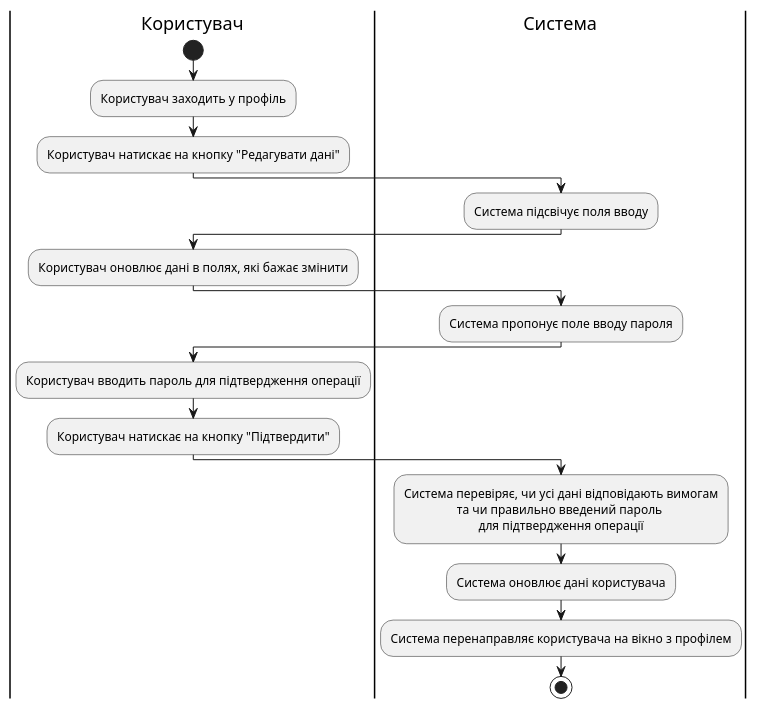
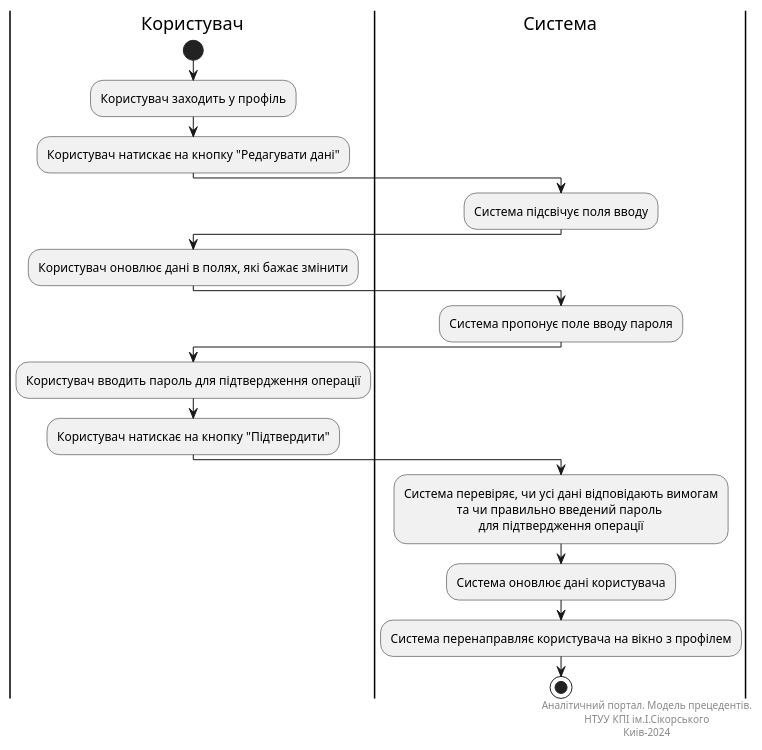
One commit to generalmaks/db_labs changed the third of 4 diagrams in docs/use_cases.md. Above: the diagram before and after it, drawn with PlantUML. The commit also changed other lines of this file, not shown here.

Commit message:
Create activity diagram of RemoveUserAccount

````diff
--- a/docs/use_cases.md
+++ b/docs/use_cases.md
@@ -154,36 +159,42 @@
 ```plantuml
 @startuml
 |Користувач|
 start
 skinparam defaultTextAlignment center
 
 |Користувач|
 :Користувач заходить у профіль;
 :Користувач натискає на кнопку "Редагувати дані";
 
 
 
 |Система|
 :Система підсвічує поля вводу;
 
 |Користувач|
 :Користувач оновлює дані в полях, які бажає змінити;
 
 
 |Система|
 :Система пропонує поле вводу пароля;
 
 |Користувач|
 :Користувач вводить пароль для підтвердження операції;
 :Користувач натискає на кнопку "Підтвердити";
 
 |Система|
 :Система перевіряє, чи усі дані відповідають вимогам
 та чи правильно введений пароль 
 для підтвердження операції;
 :Система оновлює дані користувача;
 :Система перенаправляє користувача на вікно з профілем;
 
+right footer
+        Аналітичний портал. Модель прецедентів.
+        НТУУ КПІ ім.І.Сікорського
+        Киів-2024
+    end footer
+
 stop
 @enduml
 ```
````
